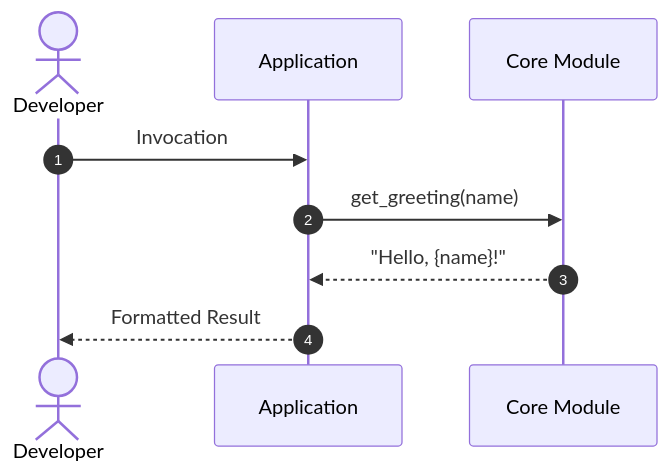
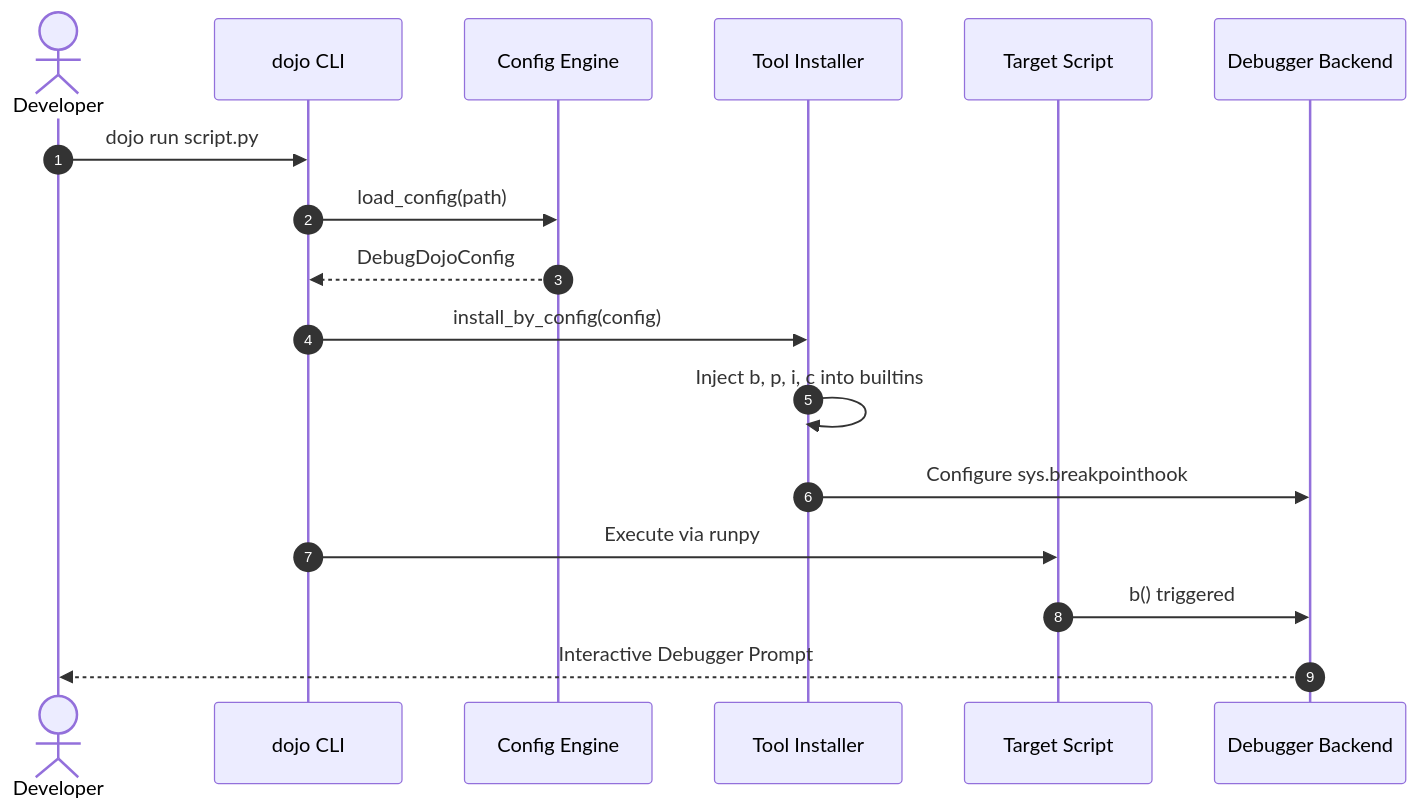
Before and after one commit to bwrob/debug-dojo: the second of 3 diagrams in docs/getting-started.md, drawn with Mermaid. The commit also changed other lines of this file and 15 other files, not shown here.

````diff
--- a/docs/getting-started.md
+++ b/docs/getting-started.md
@@ -144,11 +177,20 @@
 ```mermaid
 sequenceDiagram
     autonumber
     actor Dev as Developer
-    participant App as Application
-    participant Core as Core Module
-    Dev->>App: Invocation
-    App->>Core: get_greeting(name)
-    Core-->>App: "Hello, {name}!"
-    App-->>Dev: Formatted Result
+    participant CLI as dojo CLI
+    participant Cfg as Config Engine
+    participant Inst as Tool Installer
+    participant Target as Target Script
+    participant Dbg as Debugger Backend
+
+    Dev->>CLI: dojo run script.py
+    CLI->>Cfg: load_config(path)
+    Cfg-->>CLI: DebugDojoConfig
+    CLI->>Inst: install_by_config(config)
+    Inst->>Inst: Inject b, p, i, c into builtins
+    Inst->>Dbg: Configure sys.breakpointhook
+    CLI->>Target: Execute via runpy
+    Target->>Dbg: b() triggered
+    Dbg-->>Dev: Interactive Debugger Prompt
 ```
````
